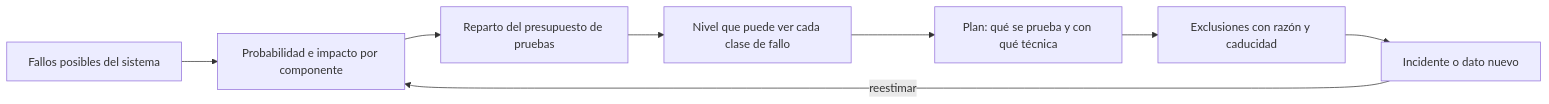
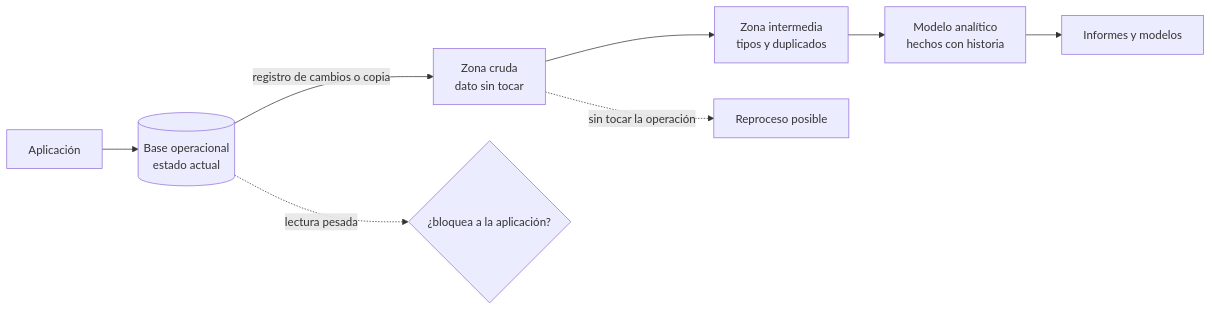
Before and after one commit to vladimiracunadev-create/modern-software-engineering-program: the diagram in content/part-30/SE-361.md, drawn with Mermaid. The commit also changed other lines of this file and 5193 other files, not shown here.

````diff
--- a/content/part-30/SE-361.md
+++ b/content/part-30/SE-361.md
@@ -56,10 +56,10 @@
 ```mermaid
 flowchart LR
-    A[Fallos posibles del sistema] --> B[Probabilidad e impacto por componente]
-    B --> C[Reparto del presupuesto de pruebas]
-    C --> D[Nivel que puede ver cada clase de fallo]
-    D --> E[Plan: qué se prueba y con qué técnica]
-    E --> F[Exclusiones con razón y caducidad]
-    F --> G[Incidente o dato nuevo]
-    G -->|reestimar| B
+    A[Aplicación] --> B[(Base operacional\nestado actual)]
+    B -->|registro de cambios o copia| C[Zona cruda\ndato sin tocar]
+    C --> D[Zona intermedia\ntipos y duplicados]
+    D --> E[Modelo analítico\nhechos con historia]
+    E --> F[Informes y modelos]
+    B -. lectura pesada .-> G{¿bloquea a la aplicación?}
+    C -. sin tocar la operación .-> H[Reproceso posible]
 ```
````
